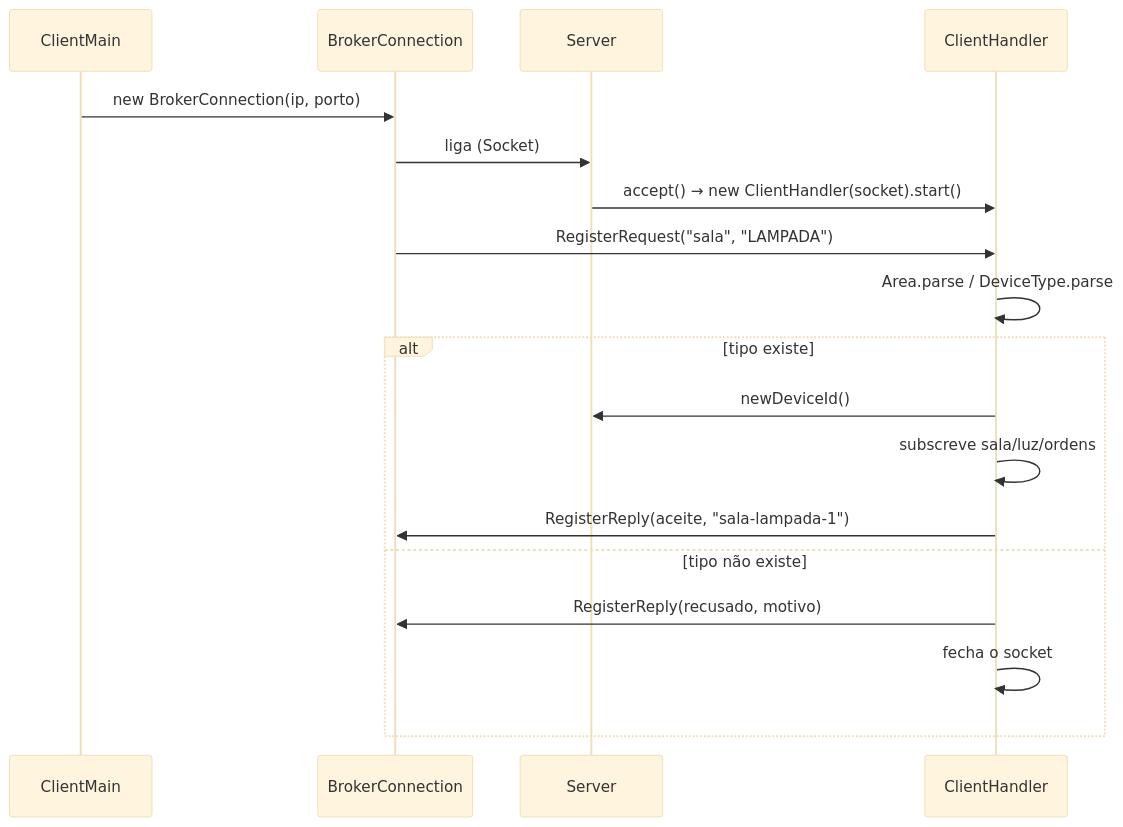
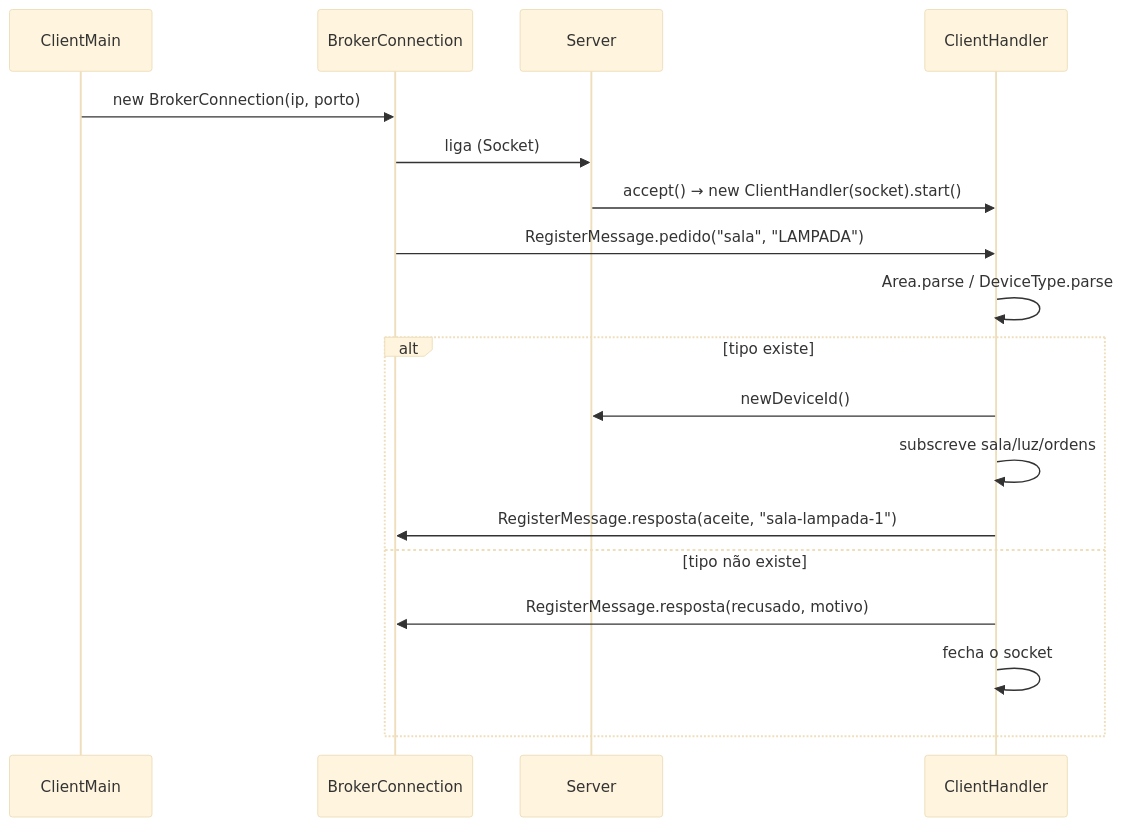
One commit to FredsonMu/IscoT-pcd changed the fourth of 4 diagrams in docs/02-arquitetura.md. Above: the diagram before and after it, drawn with Mermaid (base theme). The commit also changed other lines of this file and 24 other files, not shown here.

````diff
--- a/docs/02-arquitetura.md
+++ b/docs/02-arquitetura.md
@@ -92,20 +91,20 @@
 ```mermaid
 sequenceDiagram
   participant C as ClientMain
   participant B as BrokerConnection
   participant S as Server
   participant H as ClientHandler
   C->>B: new BrokerConnection(ip, porto)
   B->>S: liga (Socket)
   S->>H: accept() → new ClientHandler(socket).start()
-  B->>H: RegisterRequest("sala", "LAMPADA")
+  B->>H: RegisterMessage.pedido("sala", "LAMPADA")
   H->>H: Area.parse / DeviceType.parse
   alt tipo existe
     H->>S: newDeviceId()
     H->>H: subscreve sala/luz/ordens
-    H->>B: RegisterReply(aceite, "sala-lampada-1")
+    H->>B: RegisterMessage.resposta(aceite, "sala-lampada-1")
   else tipo não existe
-    H->>B: RegisterReply(recusado, motivo)
+    H->>B: RegisterMessage.resposta(recusado, motivo)
     H->>H: fecha o socket
   end
 ```
````
